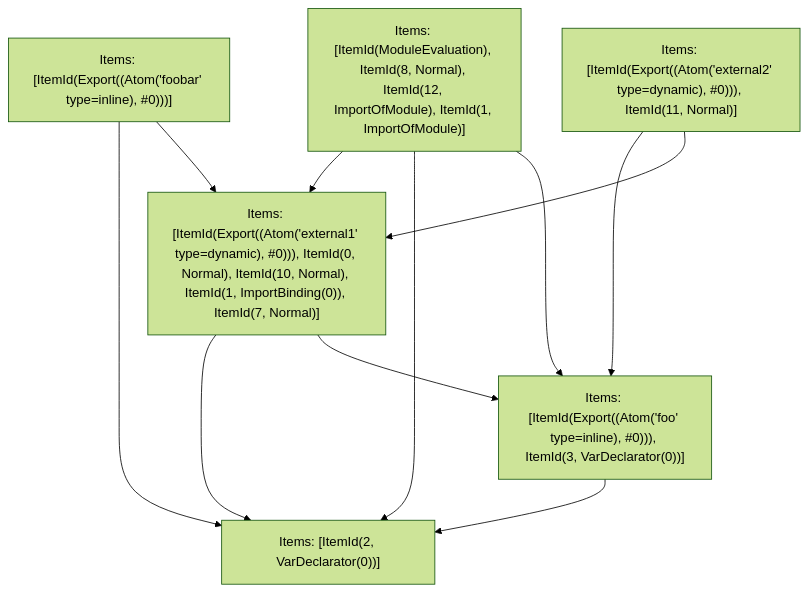
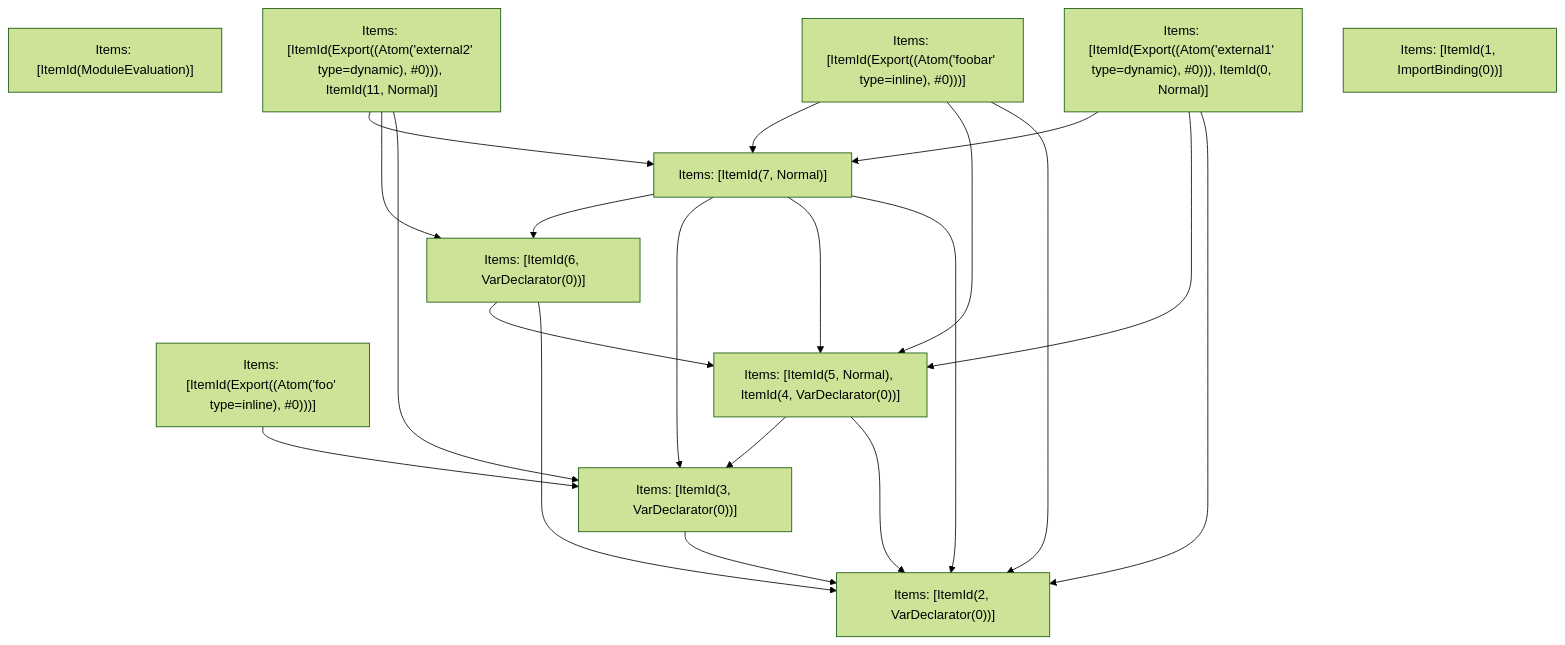
The fifth of 5 diagrams in crates/turbopack-ecmascript/tests/tree-shaker/analyzer/2/output.md (vercel/turborepo), drawn with Mermaid (forest theme) before and after one commit. The commit also changed other lines of this file and 3 other files, not shown here.

````diff
--- a/crates/turbopack-ecmascript/tests/tree-shaker/analyzer/2/output.md
+++ b/crates/turbopack-ecmascript/tests/tree-shaker/analyzer/2/output.md
@@ -359,19 +359,33 @@
 ```mermaid
 graph TD
-    N0["Items: [ItemId(ModuleEvaluation), ItemId(8, Normal), ItemId(12, ImportOfModule), ItemId(1, ImportOfModule)]"];
-    N1["Items: [ItemId(Export((Atom('external1' type=dynamic), #0))), ItemId(0, Normal), ItemId(10, Normal), ItemId(1, ImportBinding(0)), ItemId(7, Normal)]"];
+    N0["Items: [ItemId(ModuleEvaluation)]"];
+    N1["Items: [ItemId(Export((Atom('external1' type=dynamic), #0))), ItemId(0, Normal)]"];
     N2["Items: [ItemId(Export((Atom('foobar' type=inline), #0)))]"];
-    N3["Items: [ItemId(Export((Atom('foo' type=inline), #0))), ItemId(3, VarDeclarator(0))]"];
+    N3["Items: [ItemId(Export((Atom('foo' type=inline), #0)))]"];
     N4["Items: [ItemId(Export((Atom('external2' type=dynamic), #0))), ItemId(11, Normal)]"];
-    N5["Items: [ItemId(2, VarDeclarator(0))]"];
-    N0 --> N1;
-    N0 --> N5;
-    N0 --> N3;
-    N1 --> N5;
-    N1 --> N3;
-    N2 --> N5;
-    N2 --> N1;
-    N3 --> N5;
-    N4 --> N3;
-    N4 --> N1;
+    N5["Items: [ItemId(1, ImportBinding(0))]"];
+    N6["Items: [ItemId(2, VarDeclarator(0))]"];
+    N7["Items: [ItemId(3, VarDeclarator(0))]"];
+    N8["Items: [ItemId(5, Normal), ItemId(4, VarDeclarator(0))]"];
+    N9["Items: [ItemId(6, VarDeclarator(0))]"];
+    N10["Items: [ItemId(7, Normal)]"];
+    N1 --> N6;
+    N1 --> N8;
+    N1 --> N10;
+    N2 --> N6;
+    N2 --> N8;
+    N2 --> N10;
+    N3 --> N7;
+    N4 --> N7;
+    N4 --> N9;
+    N4 --> N10;
+    N7 --> N6;
+    N8 --> N6;
+    N8 --> N7;
+    N9 --> N6;
+    N9 --> N8;
+    N10 --> N6;
+    N10 --> N8;
+    N10 --> N7;
+    N10 --> N9;
 ```
````
